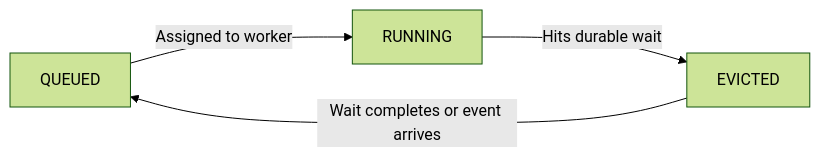
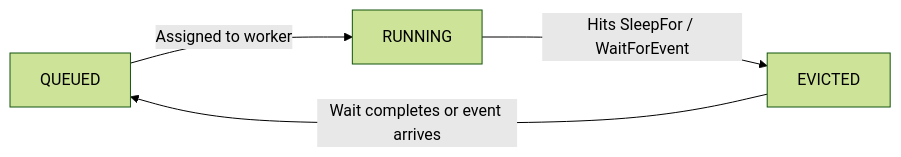
Before and after one commit to hatchet-dev/hatchet: the first of 2 diagrams in frontend/docs/pages/v1/task-eviction.mdx, drawn with Mermaid (forest theme). The commit also changed other lines of this file and 4 other files, not shown here.

````diff
--- a/frontend/docs/pages/v1/task-eviction.mdx
+++ b/frontend/docs/pages/v1/task-eviction.mdx
@@ -19,6 +19,6 @@
 ```mermaid
 graph LR
     QUEUED -->|Assigned to worker| RUNNING
-    RUNNING -->|Hits durable wait| EVICTED
+    RUNNING -->|Hits SleepFor / WaitForEvent| EVICTED
     EVICTED -->|Wait completes or event arrives| QUEUED
 ```
````
